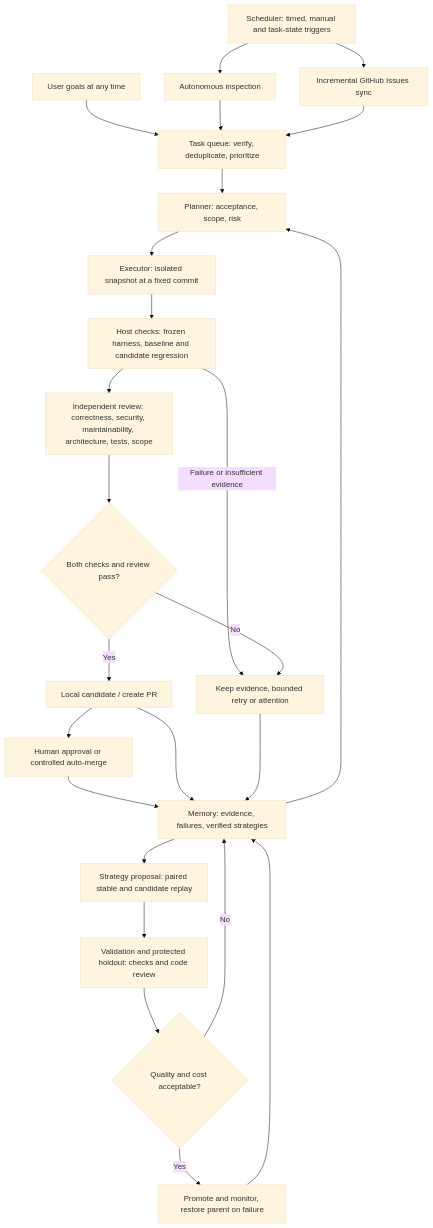
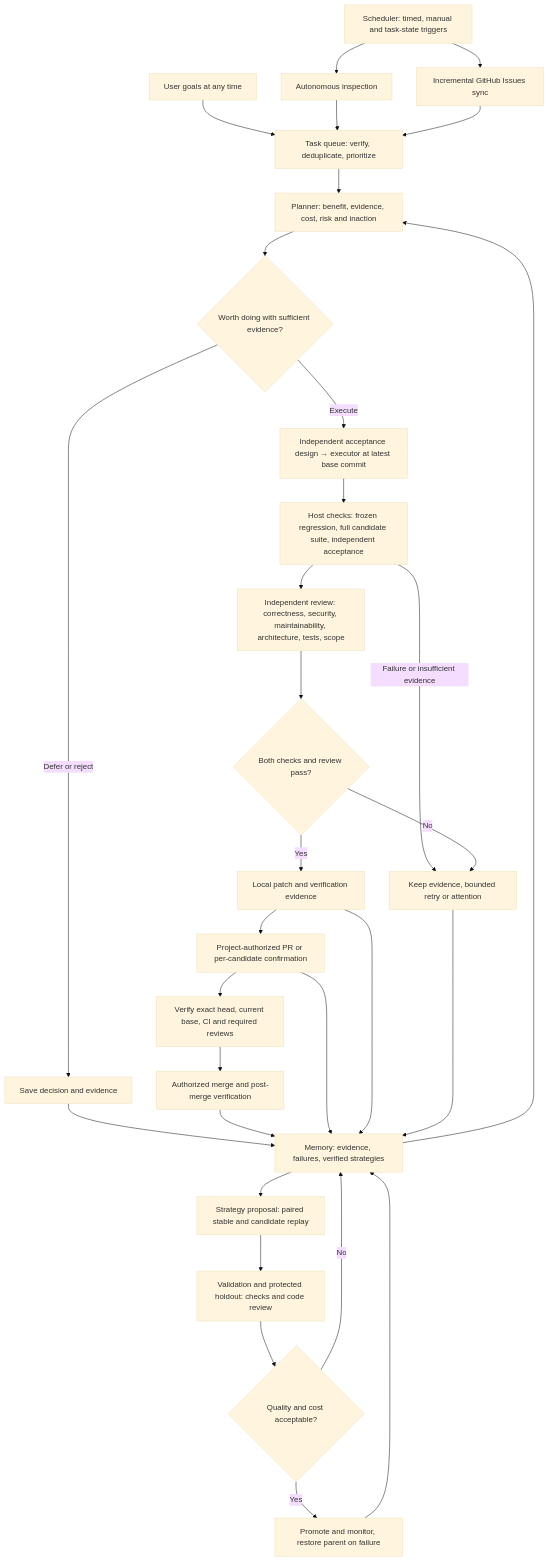
One commit to Haoog/Adaptive-RSI changed the diagram in README.en.md. Above: the diagram before and after it, drawn with Mermaid (base theme). The commit also changed other lines of this file and 53 other files, not shown here.

````diff
--- a/README.en.md
+++ b/README.en.md
@@ -11,27 +11,33 @@
 ```mermaid
 flowchart TD
     S[Scheduler: timed, manual and task-state triggers] --> I[Autonomous inspection]
     S --> G[Incremental GitHub Issues sync]
     U[User goals at any time] --> Q[Task queue: verify, deduplicate, prioritize]
     I --> Q
     G --> Q
-    M[Memory: evidence, failures, verified strategies] --> P[Planner: acceptance, scope, risk]
+    M[Memory: evidence, failures, verified strategies] --> P[Planner: benefit, evidence, cost, risk and inaction]
     Q --> P
-    P --> W[Executor: isolated snapshot at a fixed commit]
-    W --> T[Host checks: frozen harness, baseline and candidate regression]
+    P --> B{Worth doing with sufficient evidence?}
+    B -->|Execute| W[Independent acceptance design → executor at latest base commit]
+    B -->|Defer or reject| Z[Save decision and evidence]
+    Z --> M
+    W --> T[Host checks: frozen regression, full candidate suite, independent acceptance]
     T --> R[Independent review: correctness, security, maintainability, architecture, tests, scope]
     R --> D{Both checks and review pass?}
-    D -->|Yes| C[Local candidate / create PR]
-    C --> A[Human approval or controlled auto-merge]
+    D -->|Yes| C[Local patch and verification evidence]
+    C --> A[Project-authorized PR or per-candidate confirmation]
+    A --> J[Verify exact head, current base, CI and required reviews]
+    J --> K[Authorized merge and post-merge verification]
+    K --> M
     T -->|Failure or insufficient evidence| F[Keep evidence, bounded retry or attention]
     D -->|No| F
     A --> M
     C --> M
     F --> M
     M --> E[Strategy proposal: paired stable and candidate replay]
     E --> V[Validation and protected holdout: checks and code review]
     V --> H{Quality and cost acceptable?}
     H -->|Yes| N[Promote and monitor, restore parent on failure]
     H -->|No| M
     N --> M
 ```
````
